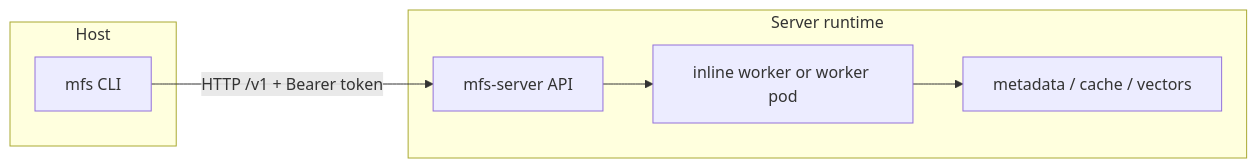
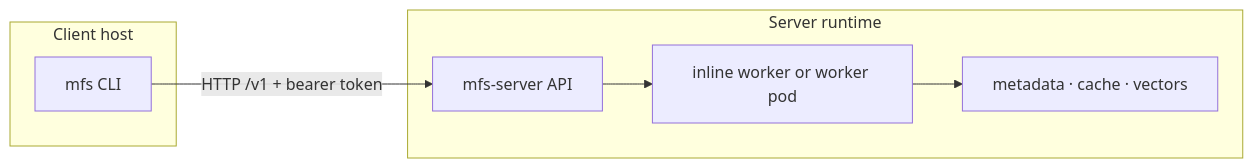
Before and after one commit to zilliztech/mfs: the diagram in docs/deployment.md, drawn with Mermaid. The commit also changed other lines of this file and 38 other files, not shown here.

````diff
--- a/docs/deployment.md
+++ b/docs/deployment.md
@@ -22,14 +23,14 @@
 ```mermaid
 flowchart LR
-  subgraph Host
+  subgraph host["Client host"]
     cli["mfs CLI"]
   end
-  subgraph Server["Server runtime"]
+  subgraph server["Server runtime"]
     api["mfs-server API"]
     worker["inline worker or worker pod"]
-    state["metadata / cache / vectors"]
+    state["metadata · cache · vectors"]
   end
-  cli -->|HTTP /v1 + Bearer token| api
+  cli -->|HTTP /v1 + bearer token| api
   api --> worker
   worker --> state
 ```
````
